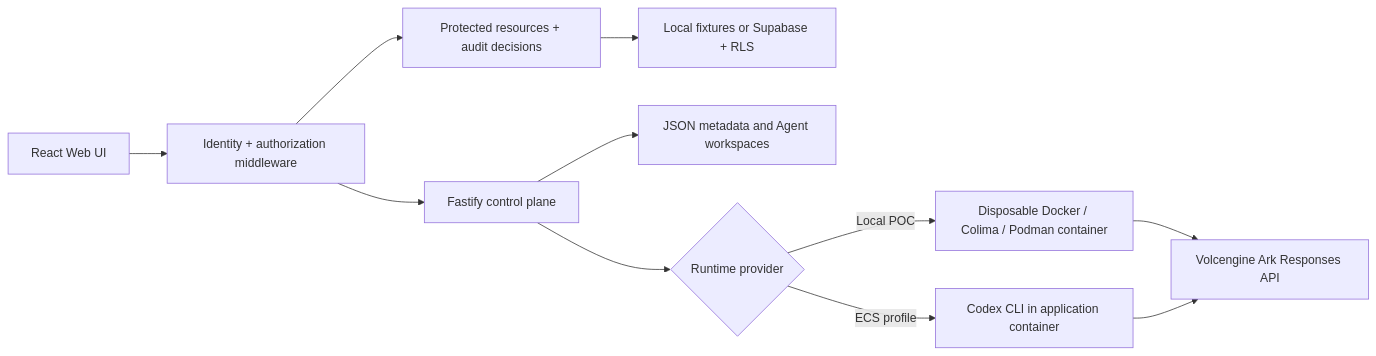
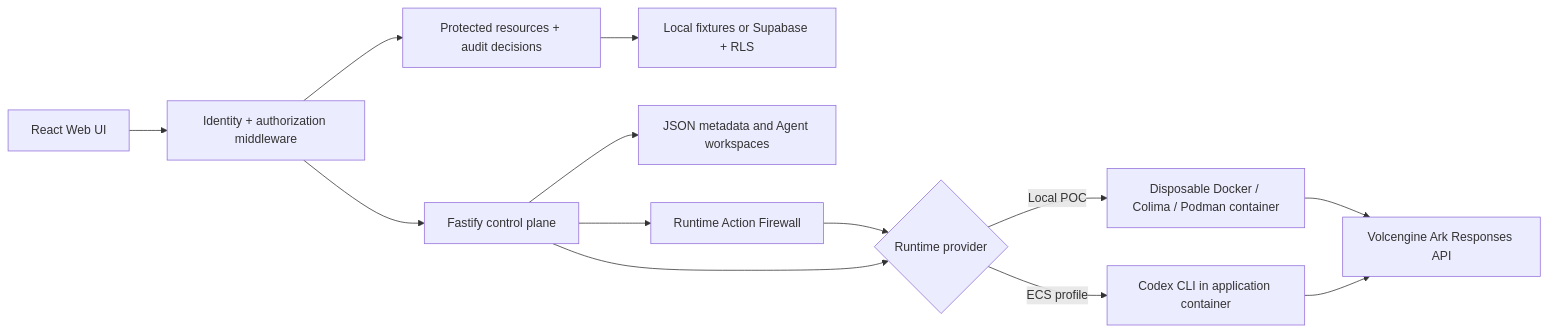
Before and after one commit to alsonsim/Agent_Trust_Gateway: the diagram in README.md, drawn with Mermaid. The commit also changed other lines of this file and 33 other files, not shown here.

````diff
--- a/README.md
+++ b/README.md
@@ -240,13 +256,15 @@
 ```mermaid
 flowchart LR
     UI["React Web UI"] --> Auth["Identity + authorization middleware"]
     Auth --> API["Fastify control plane"]
     Auth --> Policy["Protected resources + audit decisions"]
     Policy --> Supabase["Local fixtures or Supabase + RLS"]
     API --> Store["JSON metadata and Agent workspaces"]
+    API --> Firewall["Runtime Action Firewall"]
+    Firewall --> Runtime
     API --> Runtime{"Runtime provider"}
     Runtime -->|Local POC| Container["Disposable Docker / Colima / Podman container"]
     Runtime -->|ECS profile| Codex["Codex CLI in application container"]
     Container --> Ark["Volcengine Ark Responses API"]
     Codex --> Ark
 ```
````
